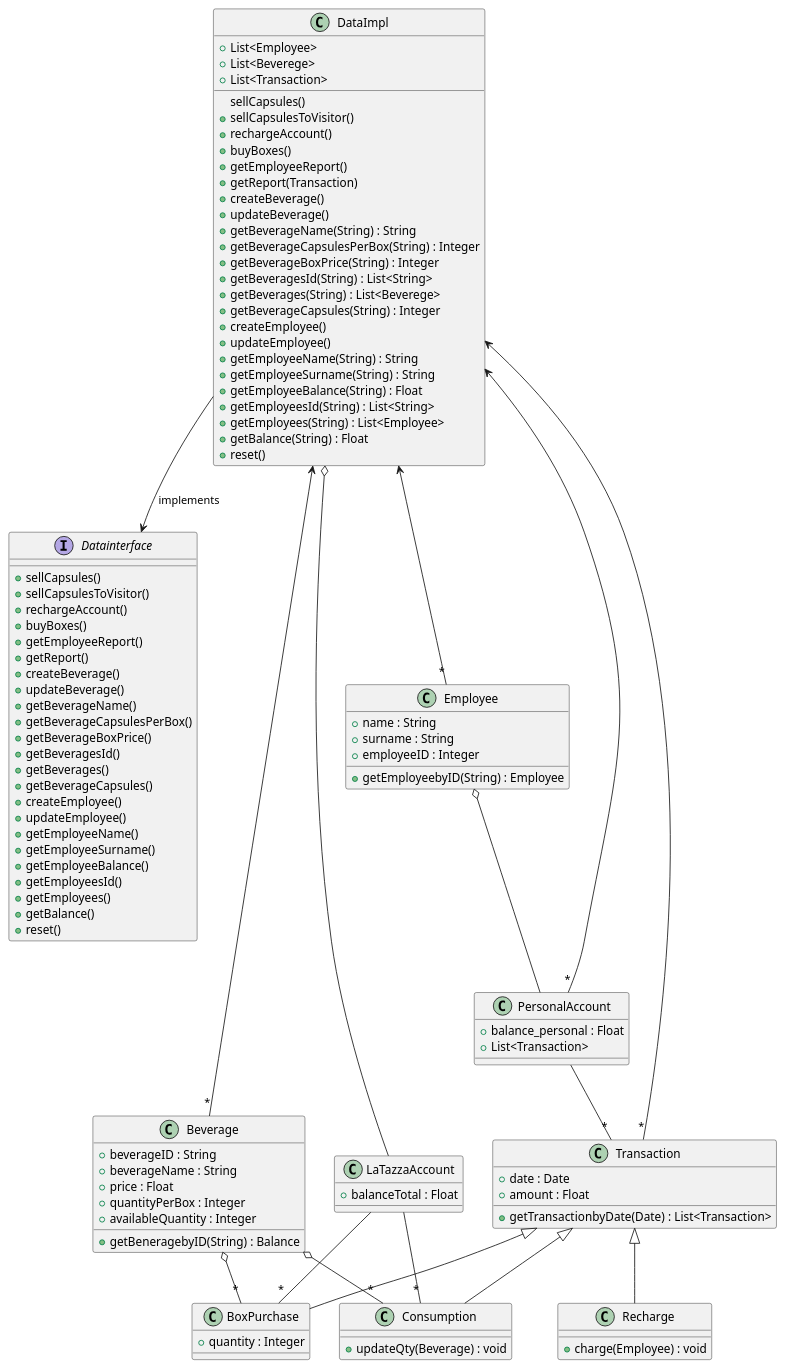
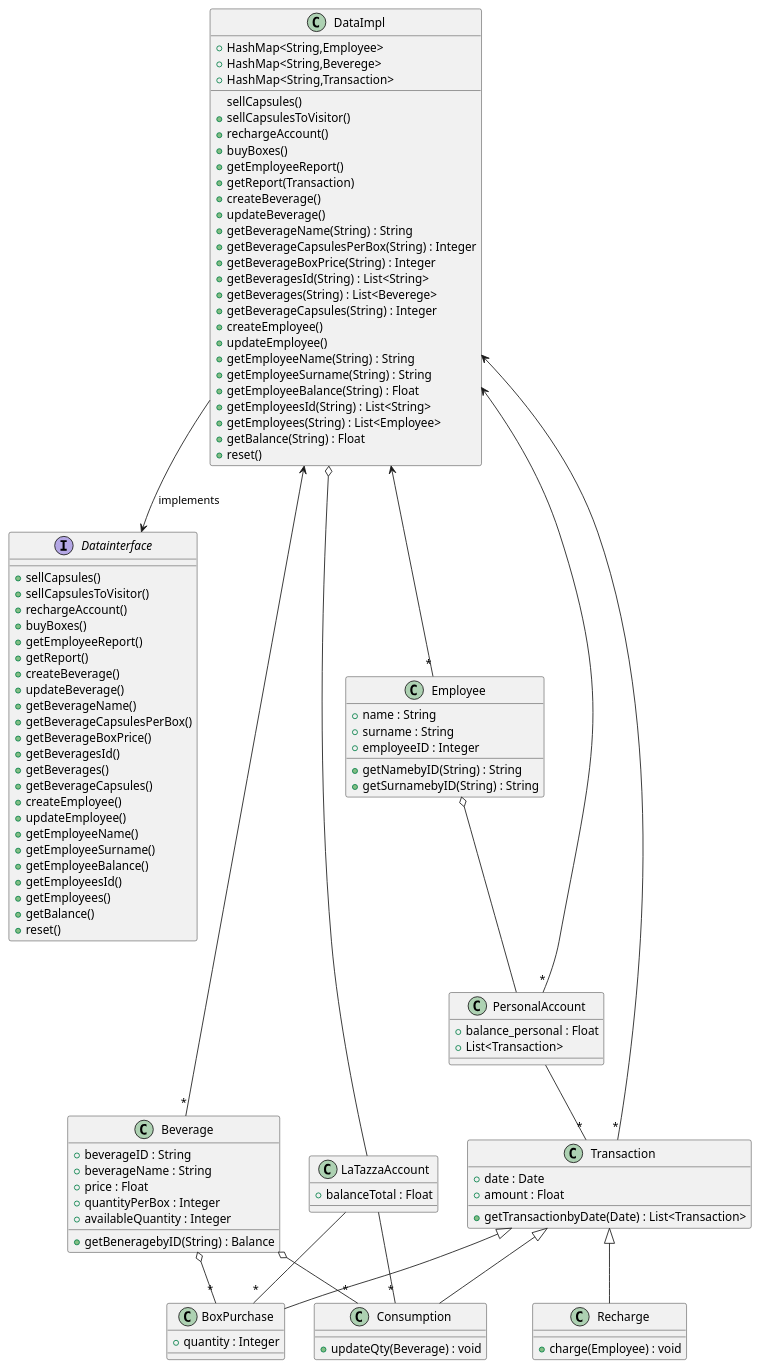
Before and after one commit to salvatore-dimartino/LaTazza: the third of 7 diagrams in templates/DesignDocumentTemplate.md, drawn with PlantUML.

```diff
--- a/templates/DesignDocumentTemplate.md
+++ b/templates/DesignDocumentTemplate.md
@@ -102,9 +102,9 @@
 
 class DataImpl {
 
-    +List<Employee>
-    +List<Beverege>
-    +List<Transaction>
+    +HashMap<String,Employee>
+    +HashMap<String,Beverege>
+    +HashMap<String,Transaction>
     
     sellCapsules()
     +sellCapsulesToVisitor()
@@ -148,8 +148,8 @@
     +name : String
     +surname : String
     +employeeID : Integer
-    +getEmployeebyID(String) : Employee
-   
+    +getNamebyID(String) : String
+    +getSurnamebyID(String) : String
 }
 
 class Beverage {
```
